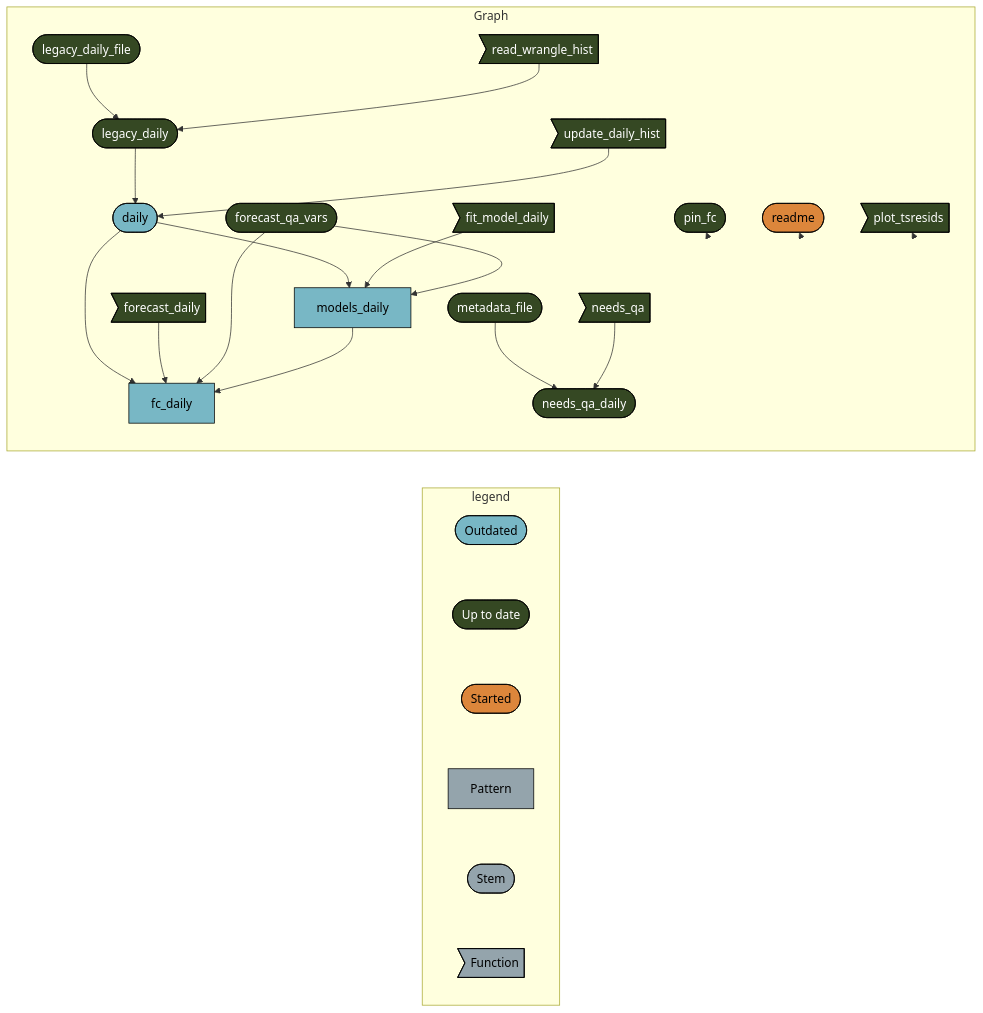
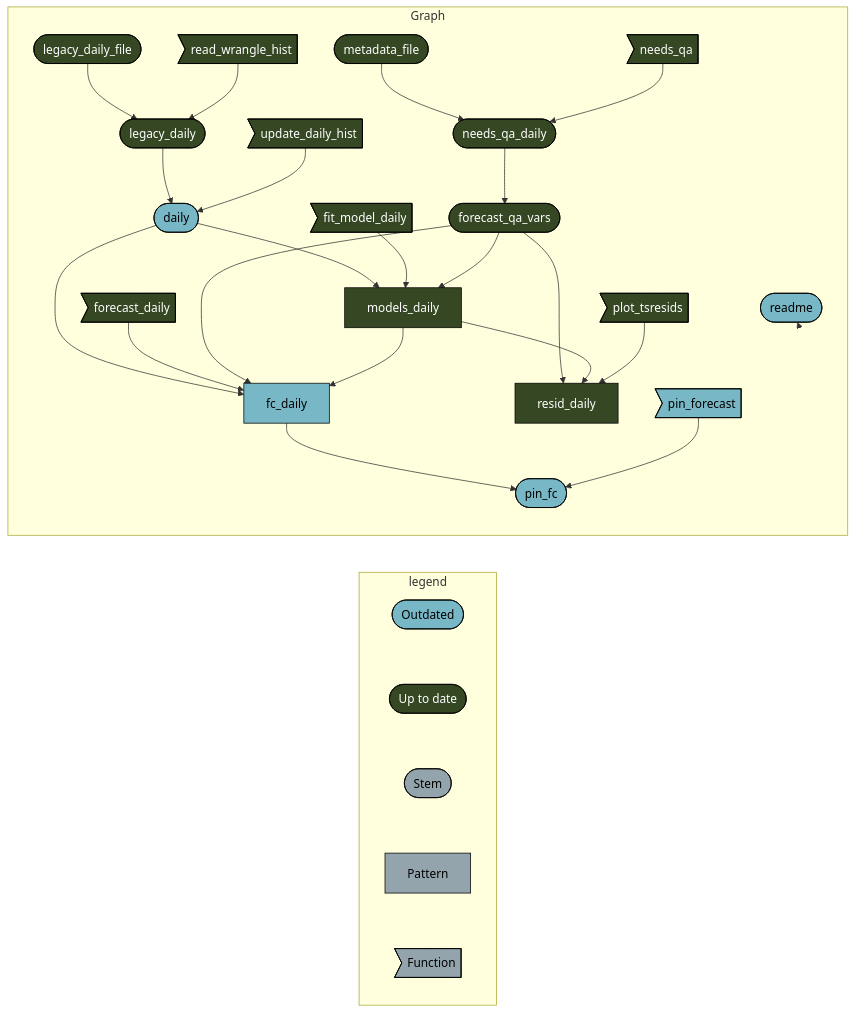
Before and after one commit to uace-azmet/azmet-forecast-qa: the diagram in README.md, drawn with Mermaid. The commit also changed other lines of this file, not shown here.

````diff
--- a/README.md
+++ b/README.md
@@ -37,40 +57,39 @@
 ``` mermaid
 graph LR
   subgraph legend
     x0a52b03877696646([""Outdated""]):::outdated --- x7420bd9270f8d27d([""Up to date""]):::uptodate
-    x7420bd9270f8d27d([""Up to date""]):::uptodate --- x5b3426b4c7fa7dbc([""Started""]):::started
-    x5b3426b4c7fa7dbc([""Started""]):::started --- x70a5fa6bea6f298d[""Pattern""]:::none
-    x70a5fa6bea6f298d[""Pattern""]:::none --- xbf4603d6c2c2ad6b([""Stem""]):::none
-    xbf4603d6c2c2ad6b([""Stem""]):::none --- xf0bce276fe2b9d3e>""Function""]:::none
+    x7420bd9270f8d27d([""Up to date""]):::uptodate --- xbf4603d6c2c2ad6b([""Stem""]):::none
+    xbf4603d6c2c2ad6b([""Stem""]):::none --- x70a5fa6bea6f298d[""Pattern""]:::none
+    x70a5fa6bea6f298d[""Pattern""]:::none --- xf0bce276fe2b9d3e>""Function""]:::none
   end
   subgraph Graph
-    xff9b736edef41c8b(["legacy_daily"]):::uptodate --> x6233d5fdb54d5242(["daily"]):::outdated
-    x8b3096a190996662>"update_daily_hist"]:::uptodate --> x6233d5fdb54d5242(["daily"]):::outdated
+    x3d7b2a2ab5636113(["metadata_file"]):::uptodate --> xdfae9ea4e5207cef(["needs_qa_daily"]):::uptodate
+    x06ab7116eed66f15>"needs_qa"]:::uptodate --> xdfae9ea4e5207cef(["needs_qa_daily"]):::uptodate
+    xdfae9ea4e5207cef(["needs_qa_daily"]):::uptodate --> x601d3b0e7d261371(["forecast_qa_vars"]):::uptodate
+    x1920bdb737e11d2e(["legacy_daily_file"]):::uptodate --> xff9b736edef41c8b(["legacy_daily"]):::uptodate
+    x842666df821db265>"read_wrangle_hist"]:::uptodate --> xff9b736edef41c8b(["legacy_daily"]):::uptodate
     x6233d5fdb54d5242(["daily"]):::outdated --> xdd96ec4b0bb5ab6b["fc_daily"]:::outdated
     x4bc7352f98499683>"forecast_daily"]:::uptodate --> xdd96ec4b0bb5ab6b["fc_daily"]:::outdated
     x601d3b0e7d261371(["forecast_qa_vars"]):::uptodate --> xdd96ec4b0bb5ab6b["fc_daily"]:::outdated
-    x4d3c4dcfeadc796d["models_daily"]:::outdated --> xdd96ec4b0bb5ab6b["fc_daily"]:::outdated
-    x6233d5fdb54d5242(["daily"]):::outdated --> x4d3c4dcfeadc796d["models_daily"]:::outdated
-    x1f5572089e80d919>"fit_model_daily"]:::uptodate --> x4d3c4dcfeadc796d["models_daily"]:::outdated
-    x601d3b0e7d261371(["forecast_qa_vars"]):::uptodate --> x4d3c4dcfeadc796d["models_daily"]:::outdated
-    x1920bdb737e11d2e(["legacy_daily_file"]):::uptodate --> xff9b736edef41c8b(["legacy_daily"]):::uptodate
-    x842666df821db265>"read_wrangle_hist"]:::uptodate --> xff9b736edef41c8b(["legacy_daily"]):::uptodate
-    x3d7b2a2ab5636113(["metadata_file"]):::uptodate --> xdfae9ea4e5207cef(["needs_qa_daily"]):::uptodate
-    x06ab7116eed66f15>"needs_qa"]:::uptodate --> xdfae9ea4e5207cef(["needs_qa_daily"]):::uptodate
-    x8f5c47b9b7da7e75(["pin_fc"]):::uptodate --> x8f5c47b9b7da7e75(["pin_fc"]):::uptodate
-    x6e52cb0f1668cc22(["readme"]):::started --> x6e52cb0f1668cc22(["readme"]):::started
-    x10e889bcd8b0fd60>"plot_tsresids"]:::uptodate --> x10e889bcd8b0fd60>"plot_tsresids"]:::uptodate
+    x4d3c4dcfeadc796d["models_daily"]:::uptodate --> xdd96ec4b0bb5ab6b["fc_daily"]:::outdated
+    x601d3b0e7d261371(["forecast_qa_vars"]):::uptodate --> x0bb4ecca77d3d4a0["resid_daily"]:::uptodate
+    x4d3c4dcfeadc796d["models_daily"]:::uptodate --> x0bb4ecca77d3d4a0["resid_daily"]:::uptodate
+    x10e889bcd8b0fd60>"plot_tsresids"]:::uptodate --> x0bb4ecca77d3d4a0["resid_daily"]:::uptodate
+    x6233d5fdb54d5242(["daily"]):::outdated --> x4d3c4dcfeadc796d["models_daily"]:::uptodate
+    x1f5572089e80d919>"fit_model_daily"]:::uptodate --> x4d3c4dcfeadc796d["models_daily"]:::uptodate
+    x601d3b0e7d261371(["forecast_qa_vars"]):::uptodate --> x4d3c4dcfeadc796d["models_daily"]:::uptodate
+    xdd96ec4b0bb5ab6b["fc_daily"]:::outdated --> x8f5c47b9b7da7e75(["pin_fc"]):::outdated
+    x82c22abbb211b5ee>"pin_forecast"]:::outdated --> x8f5c47b9b7da7e75(["pin_fc"]):::outdated
+    xff9b736edef41c8b(["legacy_daily"]):::uptodate --> x6233d5fdb54d5242(["daily"]):::outdated
+    x8b3096a190996662>"update_daily_hist"]:::uptodate --> x6233d5fdb54d5242(["daily"]):::outdated
+    x6e52cb0f1668cc22(["readme"]):::outdated --> x6e52cb0f1668cc22(["readme"]):::outdated
   end
   classDef outdated stroke:#000000,color:#000000,fill:#78B7C5;
   classDef uptodate stroke:#000000,color:#ffffff,fill:#354823;
-  classDef started stroke:#000000,color:#000000,fill:#DC863B;
   classDef none stroke:#000000,color:#000000,fill:#94a4ac;
   linkStyle 0 stroke-width:0px;
   linkStyle 1 stroke-width:0px;
   linkStyle 2 stroke-width:0px;
   linkStyle 3 stroke-width:0px;
-  linkStyle 4 stroke-width:0px;
-  linkStyle 18 stroke-width:0px;
-  linkStyle 19 stroke-width:0px;
-  linkStyle 20 stroke-width:0px;
+  linkStyle 23 stroke-width:0px;
 ```
````
